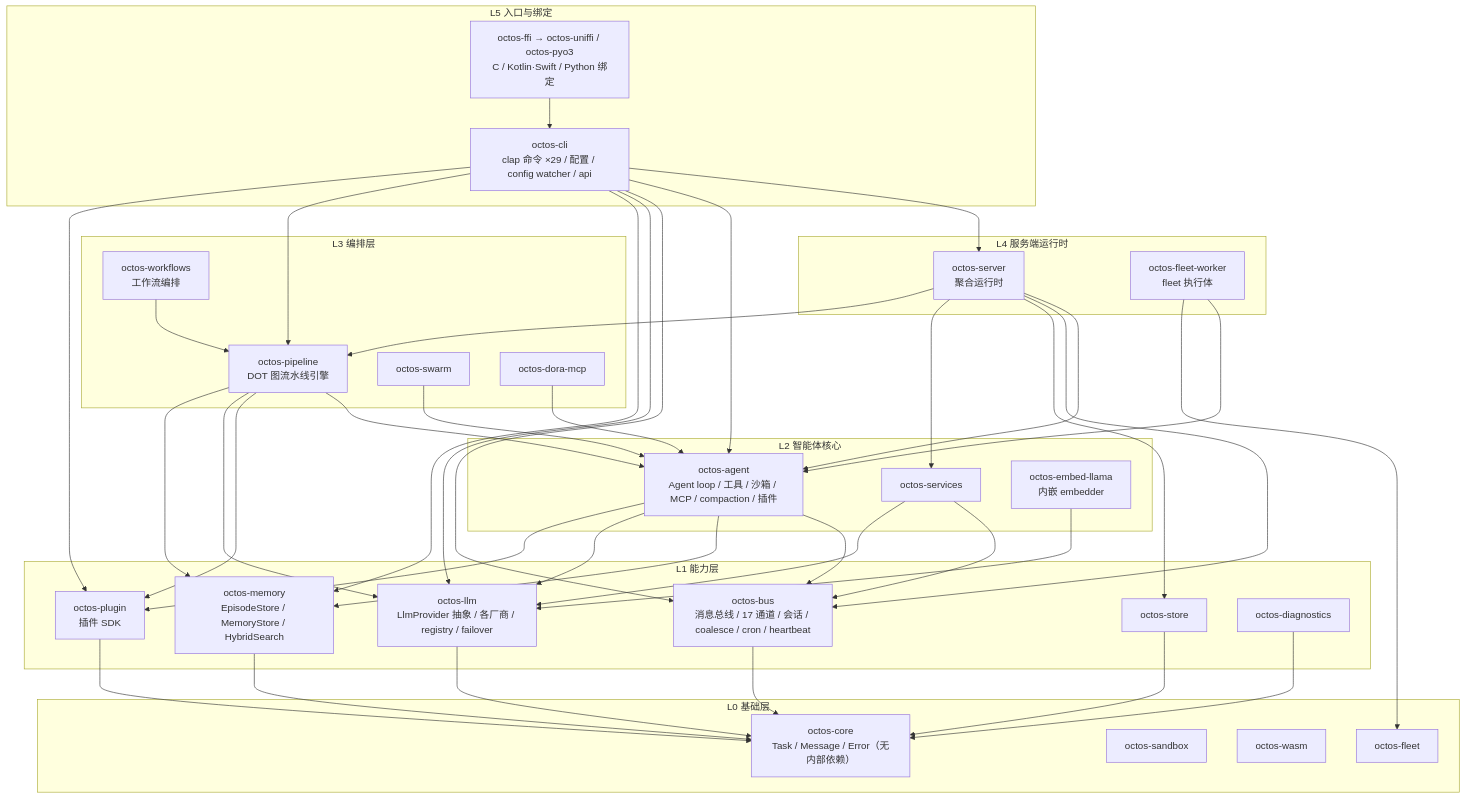
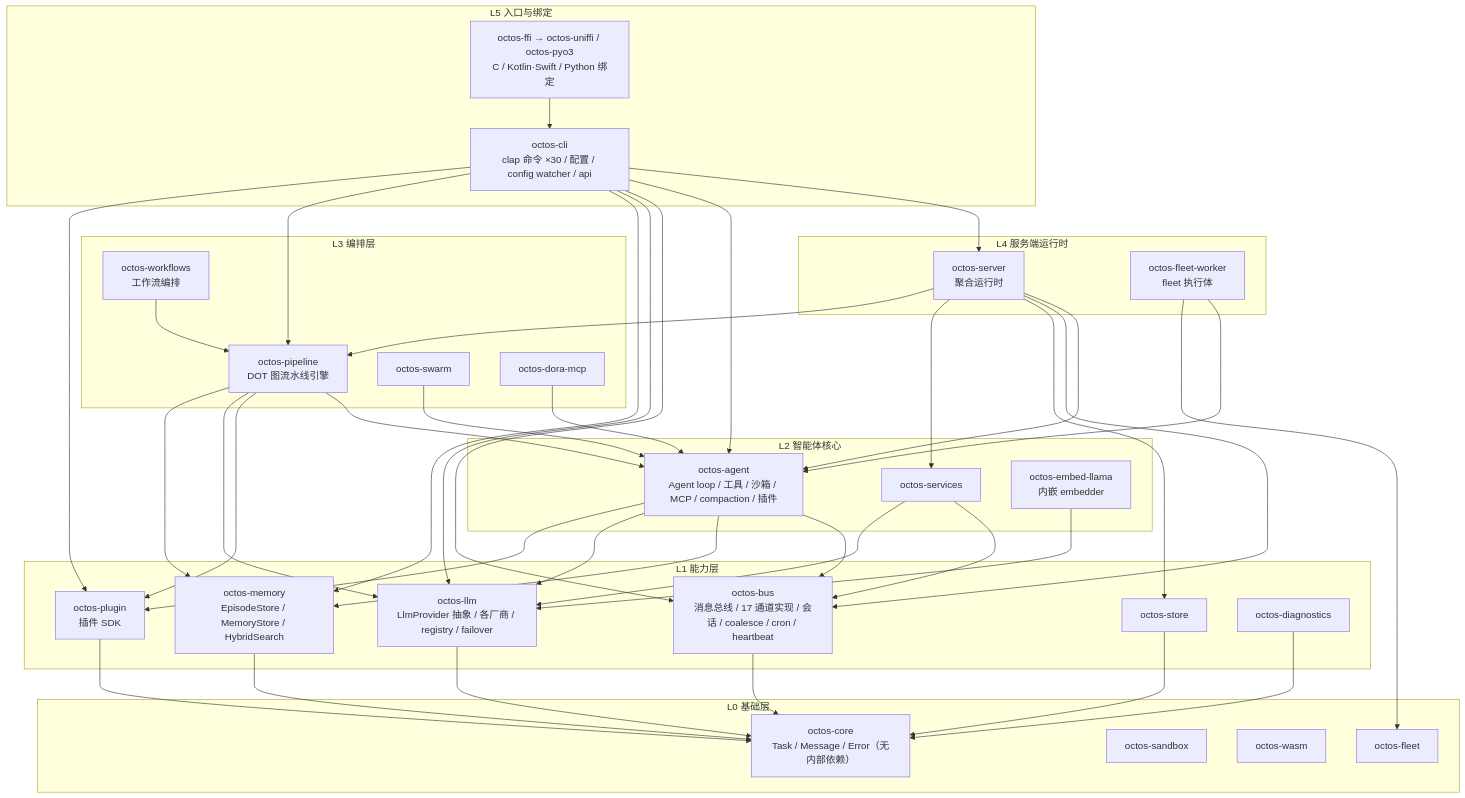
The second of 15 diagrams in logos/resources/prd/3-technical-plan/1-architecture/core-01-architecture-overview.md (dorname/octos), drawn with Mermaid before and after one commit. The commit also changed other lines of this file and 13 other files, not shown here.

Commit message:
docs(fix-docs-mermaid-consistency): merge spec deltas — S17 时序图分号修复 + 数字口径 2026-09-29 核验对齐

````diff
--- a/logos/resources/prd/3-technical-plan/1-architecture/core-01-architecture-overview.md
+++ b/logos/resources/prd/3-technical-plan/1-architecture/core-01-architecture-overview.md
@@ -45,50 +48,72 @@
 ```mermaid
 graph TB
     subgraph "L5 入口与绑定"
-        CLI["octos-cli<br/>clap 命令 ×29 / 配置 / config watcher / api"]
+        CLI["octos-cli<br/>clap 命令 ×30 / 配置 / config watcher / api"]
         FFI["octos-ffi → octos-uniffi / octos-pyo3<br/>C / Kotlin·Swift / Python 绑定"]
     end
     subgraph "L4 服务端运行时"
         SRV["octos-server<br/>聚合运行时"]
         FLW["octos-fleet-worker<br/>fleet 执行体"]
     end
     subgraph "L3 编排层"
         PIPE["octos-pipeline<br/>DOT 图流水线引擎"]
         WF["octos-workflows<br/>工作流编排"]
         SWM["octos-swarm"]
         DORA["octos-dora-mcp"]
     end
     subgraph "L2 智能体核心"
         AGENT["octos-agent<br/>Agent loop / 工具 / 沙箱 / MCP / compaction / 插件"]
         SVC["octos-services"]
         EMB["octos-embed-llama<br/>内嵌 embedder"]
     end
     subgraph "L1 能力层"
-        BUS["octos-bus<br/>消息总线 / 17 通道 / 会话 / coalesce / cron / heartbeat"]
+        BUS["octos-bus<br/>消息总线 / 17 通道实现 / 会话 / coalesce / cron / heartbeat"]
         LLMC["octos-llm<br/>LlmProvider 抽象 / 各厂商 / registry / failover"]
         MEM["octos-memory<br/>EpisodeStore / MemoryStore / HybridSearch"]
         STORE["octos-store"]
         PLUG["octos-plugin<br/>插件 SDK"]
         DIAG["octos-diagnostics"]
     end
     subgraph "L0 基础层"
         COREC["octos-core<br/>Task / Message / Error（无内部依赖）"]
         SBX["octos-sandbox"]
         WASM["octos-wasm"]
         FLEET["octos-fleet"]
     end
 
-    CLI --> SRV & AGENT & BUS & LLMC & MEM & PIPE & PLUG
+    CLI --> SRV
+    CLI --> AGENT
+    CLI --> BUS
+    CLI --> LLMC
+    CLI --> MEM
+    CLI --> PIPE
+    CLI --> PLUG
     FFI --> CLI
-    SRV --> AGENT & BUS & STORE & SVC & PIPE
-    FLW --> AGENT & FLEET
-    PIPE --> AGENT & PLUG & LLMC & MEM
+    SRV --> AGENT
+    SRV --> BUS
+    SRV --> STORE
+    SRV --> SVC
+    SRV --> PIPE
+    FLW --> AGENT
+    FLW --> FLEET
+    PIPE --> AGENT
+    PIPE --> PLUG
+    PIPE --> LLMC
+    PIPE --> MEM
     WF --> PIPE
     SWM --> AGENT
     DORA --> AGENT
-    AGENT --> BUS & MEM & LLMC & PLUG
-    SVC --> BUS & LLMC
+    AGENT --> BUS
+    AGENT --> MEM
+    AGENT --> LLMC
+    AGENT --> PLUG
+    SVC --> BUS
+    SVC --> LLMC
     EMB --> LLMC
-    BUS & MEM & STORE & PLUG & DIAG --> COREC
+    BUS --> COREC
+    MEM --> COREC
+    STORE --> COREC
+    PLUG --> COREC
+    DIAG --> COREC
     LLMC --> COREC
 ```
````
